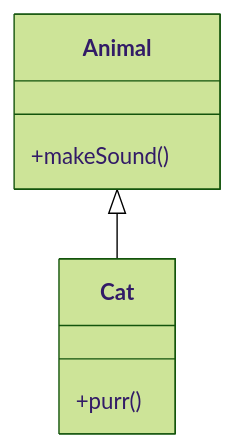
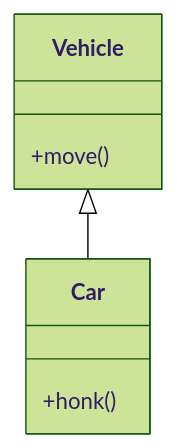
Before and after one commit to Davud-ayanokoji/w8-lab-inheritance-danielcregg: the third of 8 diagrams in README.md, drawn with Mermaid (forest theme). The commit also changed other lines of this file, not shown here.

````diff
--- a/README.md
+++ b/README.md
@@ -135,10 +127,10 @@
 ```mermaid
 classDiagram
-    Animal <|-- Cat
-    class Animal{
-        +makeSound()
+    Vehicle <|-- Car
+    class Vehicle{
+        +move()
     }
-    class Cat{
-        +purr()
+    class Car{
+        +honk()
     }
 ```
````
